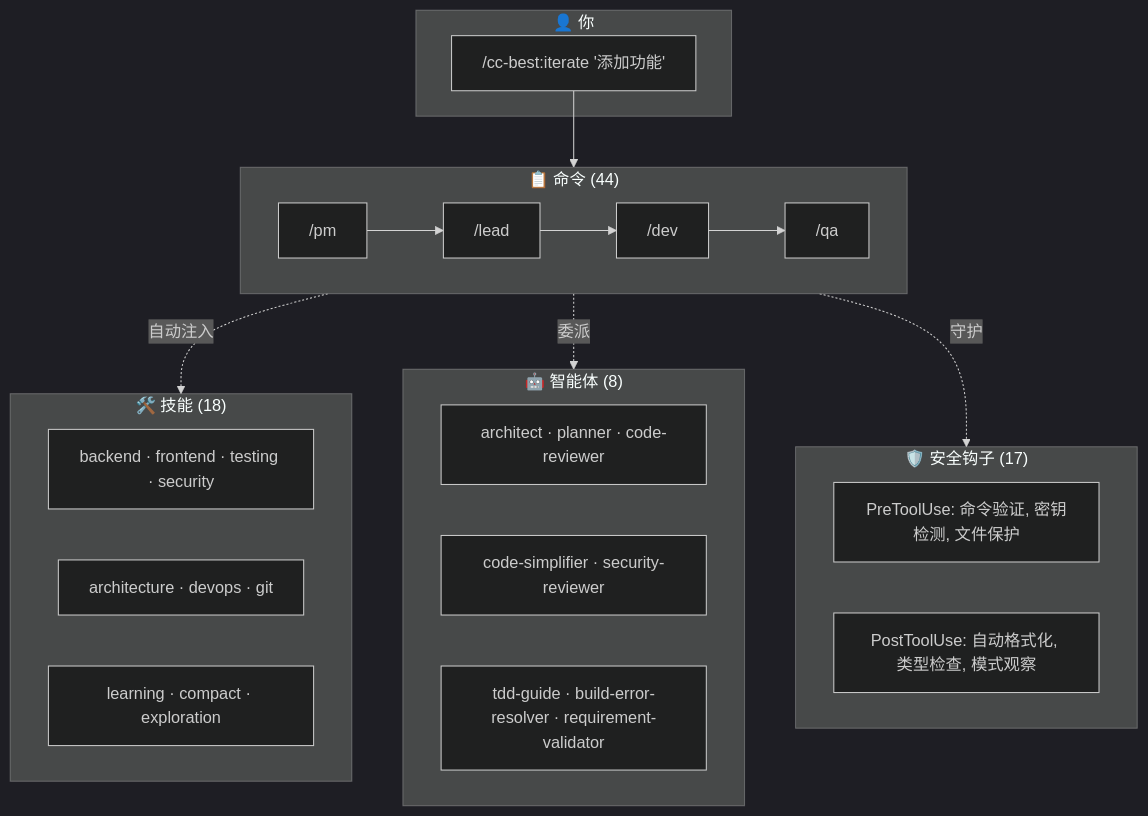
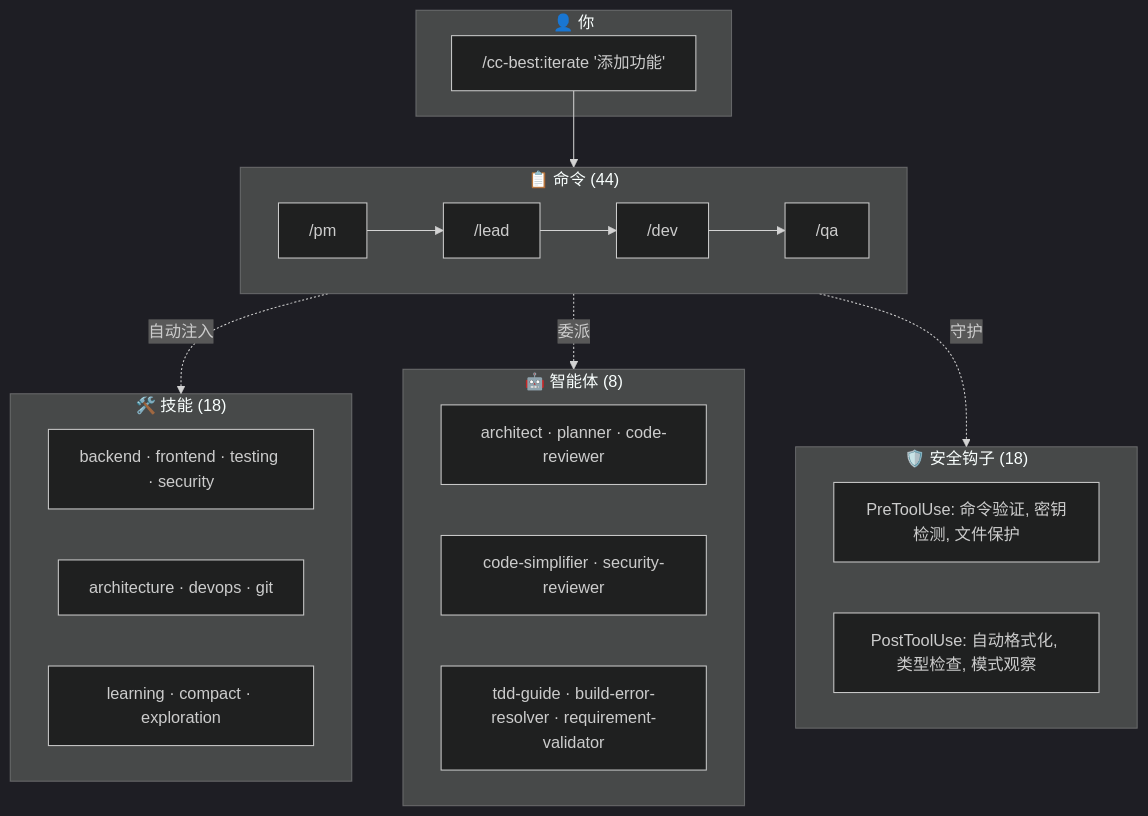
One commit to xiaobei930/claude-code-best-practices changed the second of 2 diagrams in README.zh-CN.md. Above: the diagram before and after it, drawn with Mermaid (dark theme). The commit also changed other lines of this file and 73 other files, not shown here.

````diff
--- a/README.zh-CN.md
+++ b/README.zh-CN.md
@@ -345,32 +345,32 @@
 ```mermaid
 flowchart TB
     subgraph User["👤 你"]
         CMD["/cc-best:iterate '添加功能'"]
     end
 
     subgraph Commands["📋 命令 (44)"]
         PM["/pm"] --> Lead["/lead"] --> Dev["/dev"] --> QA["/qa"]
     end
 
     subgraph Skills["🛠️ 技能 (18)"]
         S1["backend · frontend · testing · security"]
         S2["architecture · devops · git"]
         S3["learning · compact · exploration"]
     end
 
     subgraph Agents["🤖 智能体 (8)"]
         A1["architect · planner · code-reviewer"]
         A2["code-simplifier · security-reviewer"]
         A3["tdd-guide · build-error-resolver · requirement-validator"]
     end
 
-    subgraph Safety["🛡️ 安全钩子 (17)"]
+    subgraph Safety["🛡️ 安全钩子 (18)"]
         H1["PreToolUse: 命令验证, 密钥检测, 文件保护"]
         H2["PostToolUse: 自动格式化, 类型检查, 模式观察"]
     end
 
     CMD --> Commands
     Commands -.->|"自动注入"| Skills
     Commands -.->|"委派"| Agents
     Commands -.->|"守护"| Safety
 ```
````
